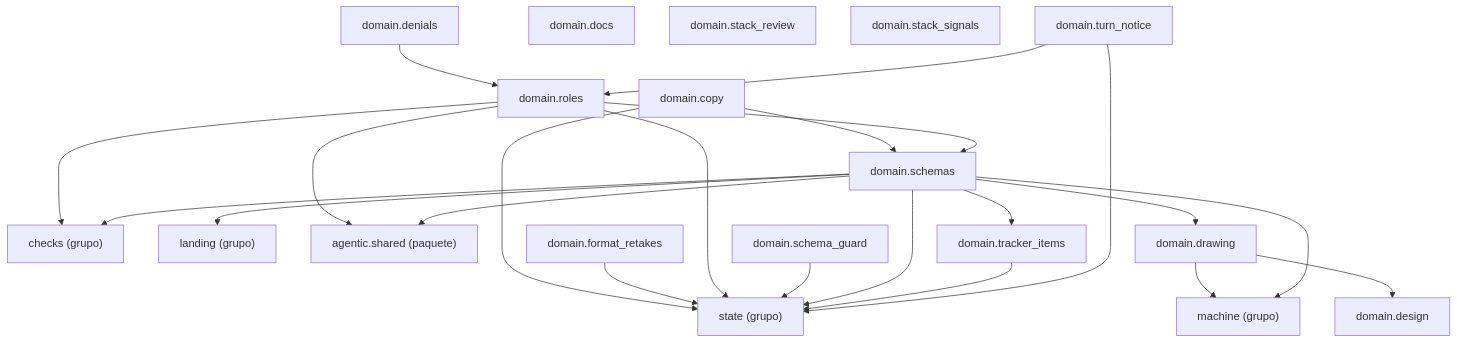
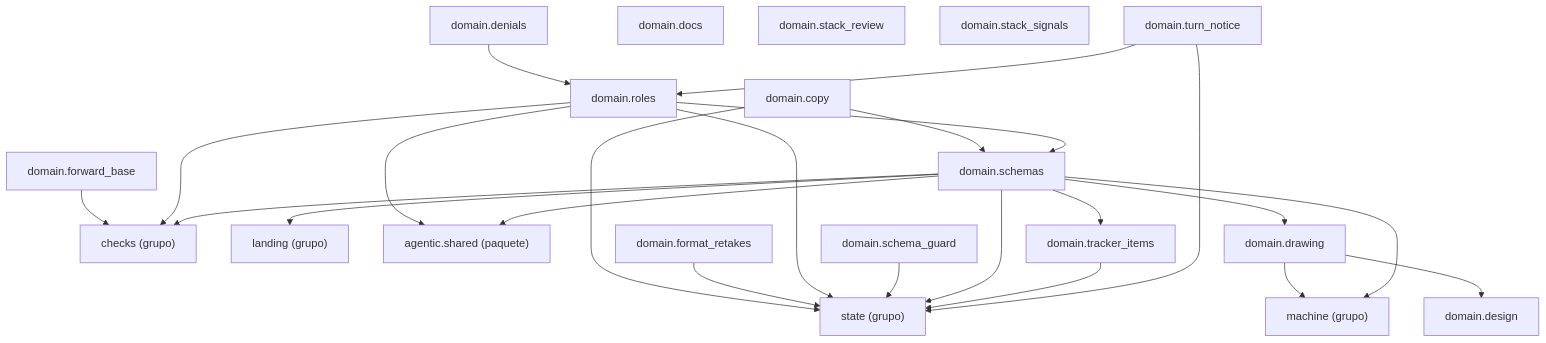
The diagram in docs/architecture/generated/packages-process-domain-roles.md (GonzaloZevallos/agentic-system), drawn with Mermaid before and after one commit. The commit also changed other lines of this file and 12 other files, not shown here.

First line of the commit message:
Place forward_base in the roles cluster and restore the docs page cap

````diff
--- a/docs/architecture/generated/packages-process-domain-roles.md
+++ b/docs/architecture/generated/packages-process-domain-roles.md
@@ -14,42 +13,44 @@
 ```mermaid
 graph TD
     g_domain__checks["checks (grupo)"]
     g_domain__landing["landing (grupo)"]
     g_domain__machine["machine (grupo)"]
     g_domain__state["state (grupo)"]
     g_pkg__agentic__shared["agentic.shared (paquete)"]
     m_domain__copy["domain.copy"]
     m_domain__denials["domain.denials"]
     m_domain__design["domain.design"]
     m_domain__docs["domain.docs"]
     m_domain__drawing["domain.drawing"]
     m_domain__format_retakes["domain.format_retakes"]
+    m_domain__forward_base["domain.forward_base"]
     m_domain__roles["domain.roles"]
     m_domain__schema_guard["domain.schema_guard"]
     m_domain__schemas["domain.schemas"]
     m_domain__stack_review["domain.stack_review"]
     m_domain__stack_signals["domain.stack_signals"]
     m_domain__tracker_items["domain.tracker_items"]
     m_domain__turn_notice["domain.turn_notice"]
     m_domain__copy --> g_domain__state
     m_domain__copy --> m_domain__schemas
     m_domain__denials --> m_domain__roles
     m_domain__drawing --> g_domain__machine
     m_domain__drawing --> m_domain__design
     m_domain__format_retakes --> g_domain__state
+    m_domain__forward_base --> g_domain__checks
     m_domain__roles --> g_domain__checks
     m_domain__roles --> g_domain__state
     m_domain__roles --> g_pkg__agentic__shared
     m_domain__roles --> m_domain__schemas
     m_domain__schema_guard --> g_domain__state
     m_domain__schemas --> g_domain__checks
     m_domain__schemas --> g_domain__landing
     m_domain__schemas --> g_domain__machine
     m_domain__schemas --> g_domain__state
     m_domain__schemas --> g_pkg__agentic__shared
     m_domain__schemas --> m_domain__drawing
     m_domain__schemas --> m_domain__tracker_items
     m_domain__tracker_items --> g_domain__state
     m_domain__turn_notice --> g_domain__state
     m_domain__turn_notice --> m_domain__roles
 ```
````
